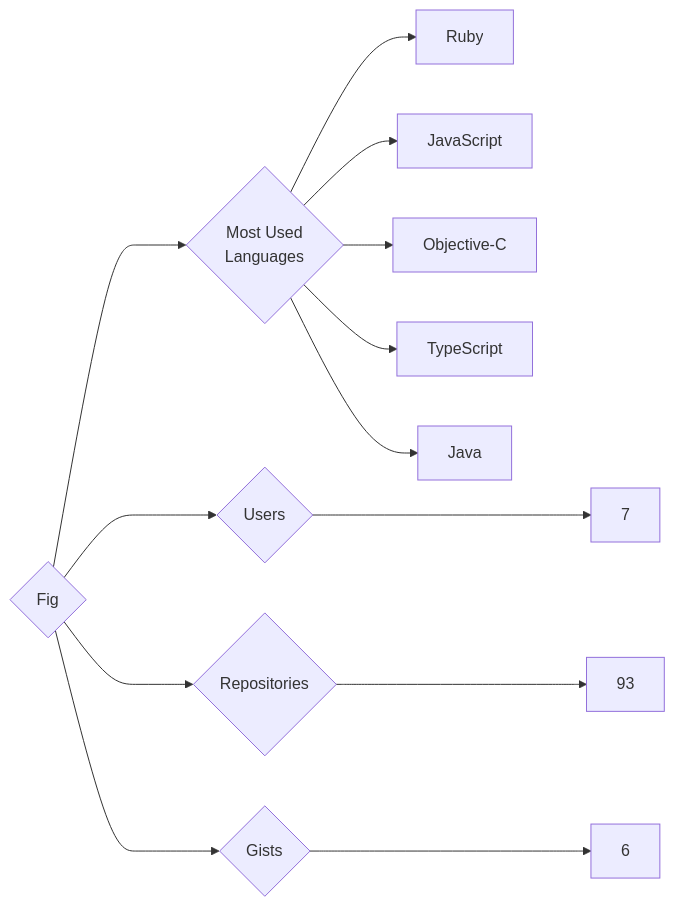
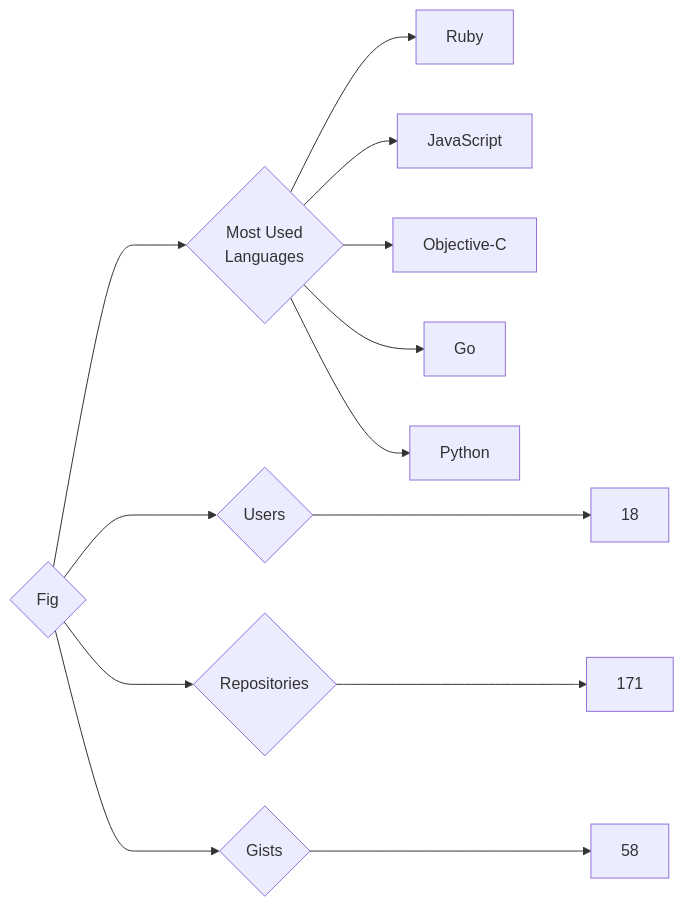
One commit to trickest/insiders changed the diagram in targets/Fig/README.md. Above: the diagram before and after it, drawn with Mermaid. The commit also changed 629 other files, not shown here.

````diff
--- a/targets/Fig/README.md
+++ b/targets/Fig/README.md
@@ -3,13 +3,13 @@
 ```mermaid
 graph LR
 COMPANY_NAME{Fig}
-COMPANY_NAME ---> U{Users} ---> UN[7]
-COMPANY_NAME ---> R{Repositories} ---> RN[93]
-COMPANY_NAME ---> G{Gists} ---> GN[6]
+COMPANY_NAME ---> U{Users} ---> UN[18]
+COMPANY_NAME ---> R{Repositories} ---> RN[171]
+COMPANY_NAME ---> G{Gists} ---> GN[58]
 COMPANY_NAME ---> ML{Most Used<br>Languages}
 ML --> Ruby[Ruby]
 ML --> JavaScript[JavaScript]
 ML --> Objective-C[Objective-C]
-ML --> TypeScript[TypeScript]
-ML --> Java[Java]
+ML --> Go[Go]
+ML --> Python[Python]
 ```
````
